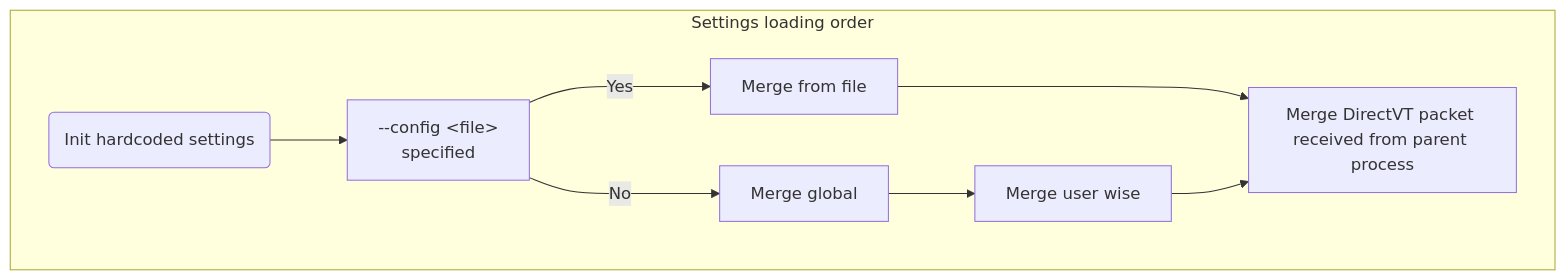
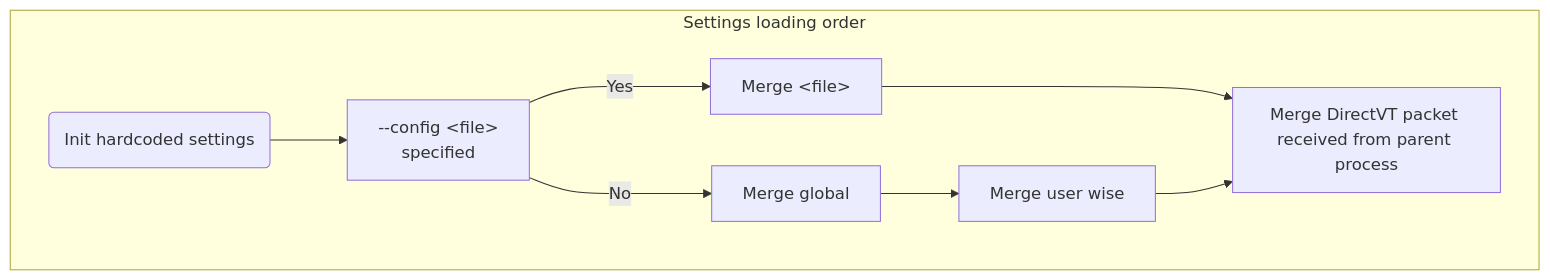
One commit to directvt/vtm changed the diagram in doc/settings.md. Above: the diagram before and after it, drawn with Mermaid.

Commit message:
#465: Update settings.md

````diff
--- a/doc/settings.md
+++ b/doc/settings.md
@@ -3,14 +3,14 @@
 ```mermaid
 graph LR
     subgraph Settings loading order
     direction LR
         B(Init hardcoded settings)
         B --> C["--config #lt;file#gt;
         specified"]
-        C -->|Yes| D[Merge from file]
+        C -->|Yes| D[Merge #lt;file#gt;]
         C --->|No| F[Merge global]
         F --> G[Merge user wise]
         D ---> H[Merge DirectVT packet received from parent process]
         G --> H
     end
 ```
````
